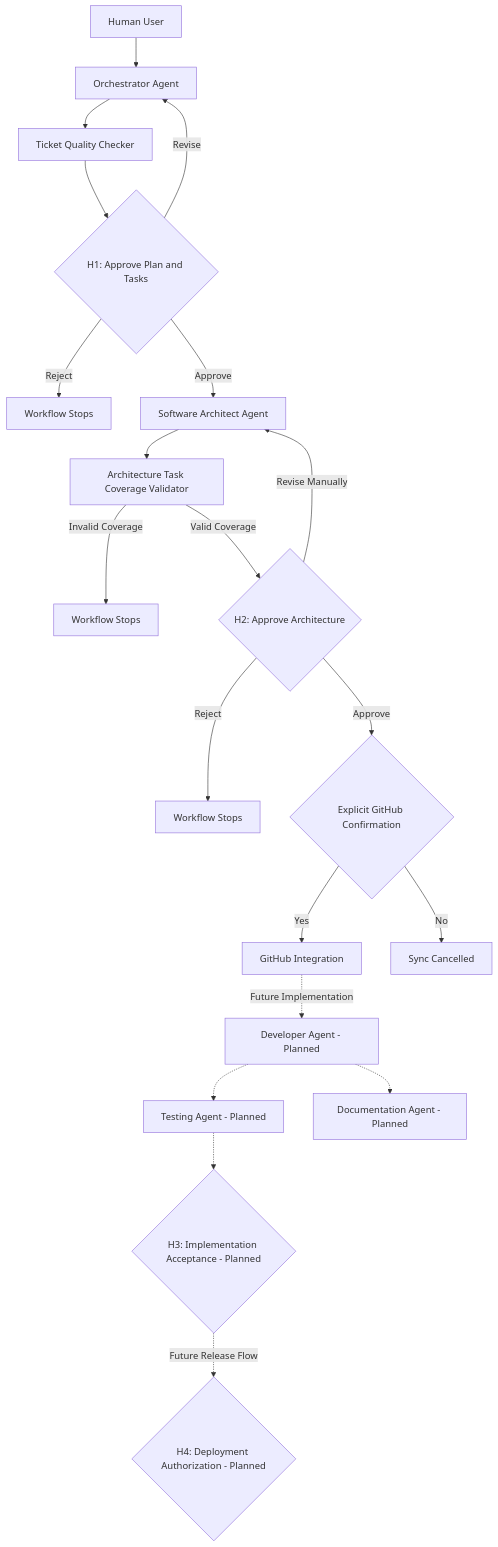
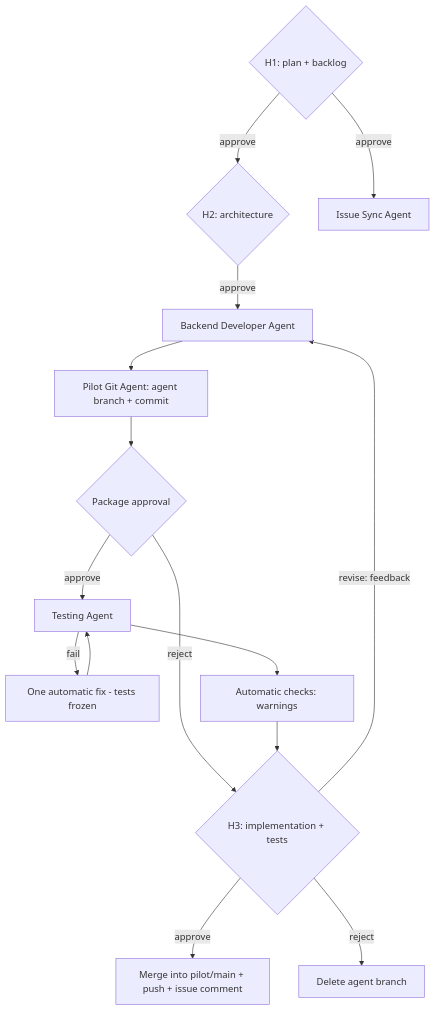
Before and after one commit to Rahma-Nouri/AI-SDLC-Agent-Workflow: the diagram in docs/ai_agent_organization.md, drawn with Mermaid. The commit also changed other lines of this file and 2 other files, not shown here.

Commit message:
P1.9: update README and docs to the current workflow state

````diff
--- a/docs/ai_agent_organization.md
+++ b/docs/ai_agent_organization.md
@@ -255,37 +60,27 @@
 ```mermaid
 flowchart TD
-    U[Human User]
-    O[Orchestrator Agent]
-    T[Ticket Quality Checker]
-    H1{H1: Approve Plan and Tasks}
-    A[Software Architect Agent]
-    V[Architecture Task Coverage Validator]
-    H2{H2: Approve Architecture}
-    C{Explicit GitHub Confirmation}
-    G[GitHub Integration]
-    D[Developer Agent - Planned]
-    Q[Testing Agent - Planned]
-    H3{H3: Implementation Acceptance - Planned}
-    DOC[Documentation Agent - Planned]
-    H4{H4: Deployment Authorization - Planned}
+    H1{H1: plan + backlog}
+    H2{H2: architecture}
+    B[Backend Developer Agent]
+    G[Pilot Git Agent: agent branch + commit]
+    E{Package approval}
+    T[Testing Agent]
+    F[One automatic fix - tests frozen]
+    V[Automatic checks: warnings]
+    H3{H3: implementation + tests}
+    M[Merge into pilot/main + push + issue comment]
+    D[Delete agent branch]
+    S[Issue Sync Agent]
 
-    U --> O
-    O --> T
-    T --> H1
-    H1 -->|Revise| O
-    H1 -->|Reject| STOP1[Workflow Stops]
-    H1 -->|Approve| A
-    A --> V
-    V -->|Invalid Coverage| STOP2[Workflow Stops]
-    V -->|Valid Coverage| H2
-    H2 -->|Revise Manually| A
-    H2 -->|Reject| STOP3[Workflow Stops]
-    H2 -->|Approve| C
-    C -->|Yes| G
-    C -->|No| STOP4[Sync Cancelled]
-    G -. Future Implementation .-> D
-    D -.-> Q
-    Q -.-> H3
-    D -.-> DOC
-    H3 -. Future Release Flow .-> H4
+    H1 -->|approve| H2
+    H1 -->|approve| S
+    H2 -->|approve| B
+    B --> G --> E
+    E -->|approve| T
+    E -->|reject| H3
+    T -->|fail| F --> T
+    T --> V --> H3
+    H3 -->|approve| M
+    H3 -->|revise: feedback| B
+    H3 -->|reject| D
 ```
````
